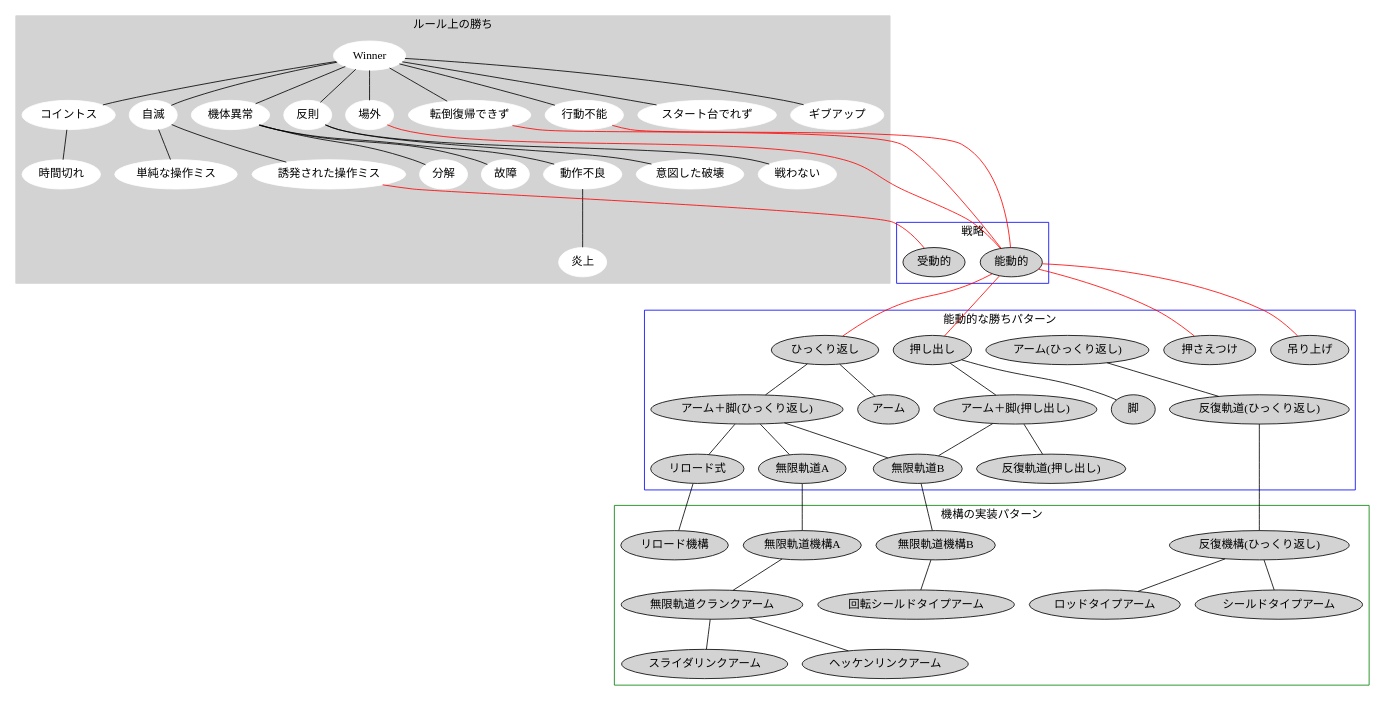
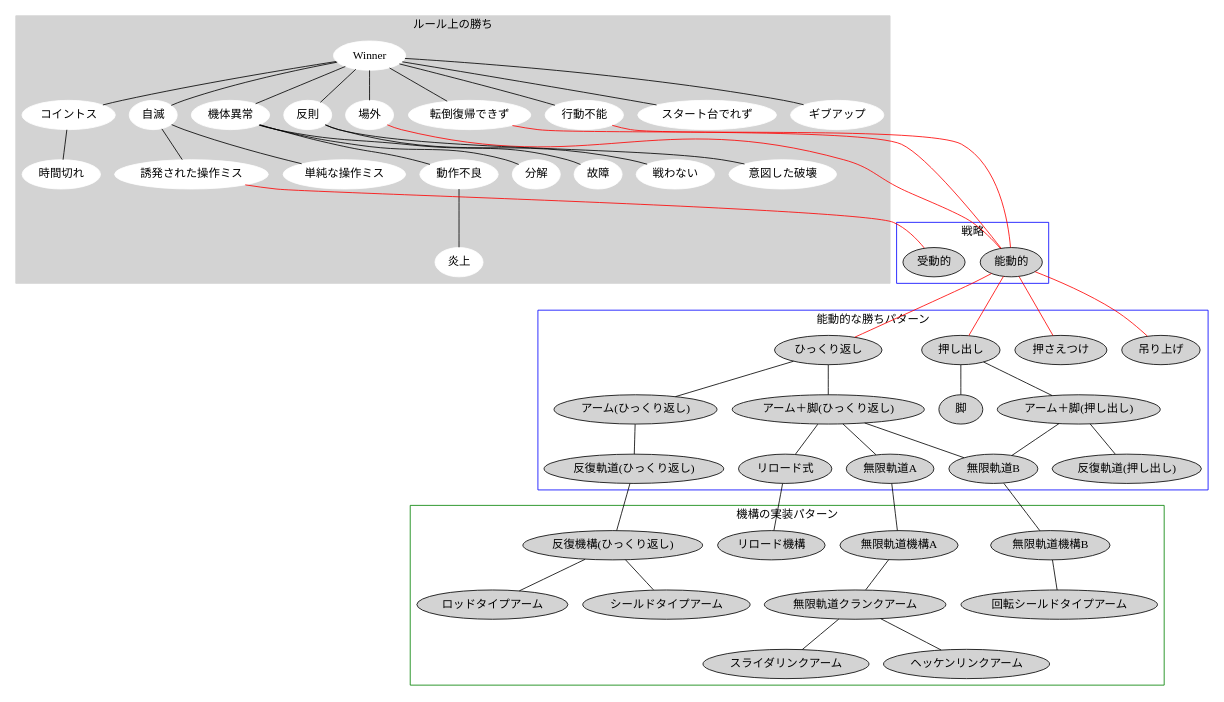
Before and after one commit to takarakasai/kawasaki-analyze: the diagram in kasawaki-win-category.dot, drawn with Graphviz. The commit also changed 1 other file, not shown here.

```diff
--- a/kasawaki-win-category.dot
+++ b/kasawaki-win-category.dot
@@ -1,79 +1,79 @@
 graph "Kawasaki-Robot-Win-Pattern" {
   subgraph "cluster_0" {
     style="filled";
     color="lightgrey";
     label="ルール上の勝ち";
     node[style="filled",color="white"];
     Winner -- 自滅;
     Winner -- 場外;
     Winner -- 転倒復帰できず;
     Winner -- コイントス;
     Winner -- 行動不能;
     Winner -- 機体異常;
     Winner -- 反則;
     Winner -- スタート台でれず;
     Winner -- ギブアップ;
     反則 -- 意図した破壊;
     反則 -- 戦わない;
     機体異常 -- 動作不良;
     機体異常 -- 故障;
     機体異常 -- 分解;
     動作不良 -- 炎上;
     コイントス -- 時間切れ;
     自滅     -- 単純な操作ミス;
     自滅     -- 誘発された操作ミス;
   }
 
   subgraph "cluster_1" {
     color="blue";
     label="戦略";
     node[style="filled"];
 
     誘発された操作ミス -- 受動的[color=red,label="     "];
     転倒復帰できず     -- 能動的[color=red,label="     "];
     場外               -- 能動的[color=red,label="     "];
     行動不能           -- 能動的[color=red,label="     "];
   }
 
   subgraph "cluster_2" {
     color="blue";
     label="能動的な勝ちパターン";
     node[style="filled"];
  
     能動的 -- ひっくり返し[color=red,label="     "];
     能動的 -- 押し出し[color=red,label="     "];
     能動的 -- 押さえつけ[color=red,label="     "];
     能動的 -- 吊り上げ[color=red,label="     "];
 
     押し出し     -- 脚
     押し出し     -- "アーム＋脚(押し出し)"
-    ひっくり返し -- アーム
     ひっくり返し -- "アーム＋脚(ひっくり返し)"
+    ひっくり返し -- "アーム(ひっくり返し)"
 
     "アーム＋脚(ひっくり返し)" -- リロード式;
     "アーム(ひっくり返し)"     -- "反復軌道(ひっくり返し)";
     "アーム＋脚(ひっくり返し)" -- 無限軌道A;
     "アーム＋脚(ひっくり返し)" -- 無限軌道B;
     "アーム＋脚(押し出し)"     -- 無限軌道B;
     "アーム＋脚(押し出し)"     -- "反復軌道(押し出し)";
   }
 
   subgraph "cluster_3" {
     color="green";
     label="機構の実装パターン";
     node[style="filled"];
 
     リロード式                  -- リロード機構;
     "反復軌道(ひっくり返し)"    -- "反復機構(ひっくり返し)";
     無限軌道A                   -- 無限軌道機構A;
     無限軌道B                   -- 無限軌道機構B;
 
     "反復機構(ひっくり返し)"    -- ロッドタイプアーム;
     "反復機構(ひっくり返し)"    -- シールドタイプアーム;
     無限軌道機構A               -- 無限軌道クランクアーム;
     無限軌道機構B               -- 回転シールドタイプアーム;
 
     無限軌道クランクアーム    -- スライダリンクアーム;
     無限軌道クランクアーム    -- ヘッケンリンクアーム;
   } 
 }
```
